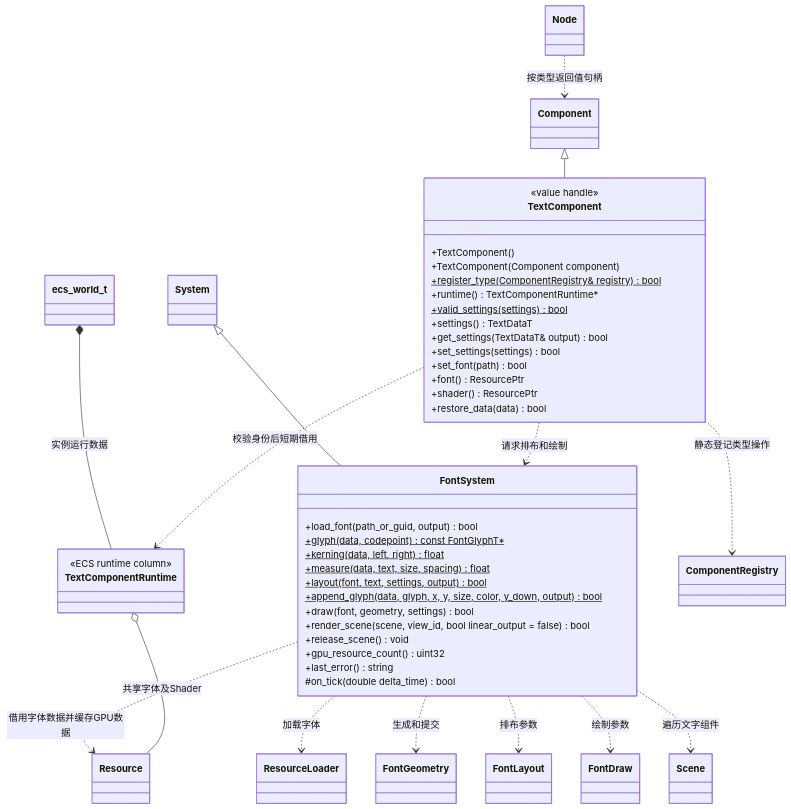
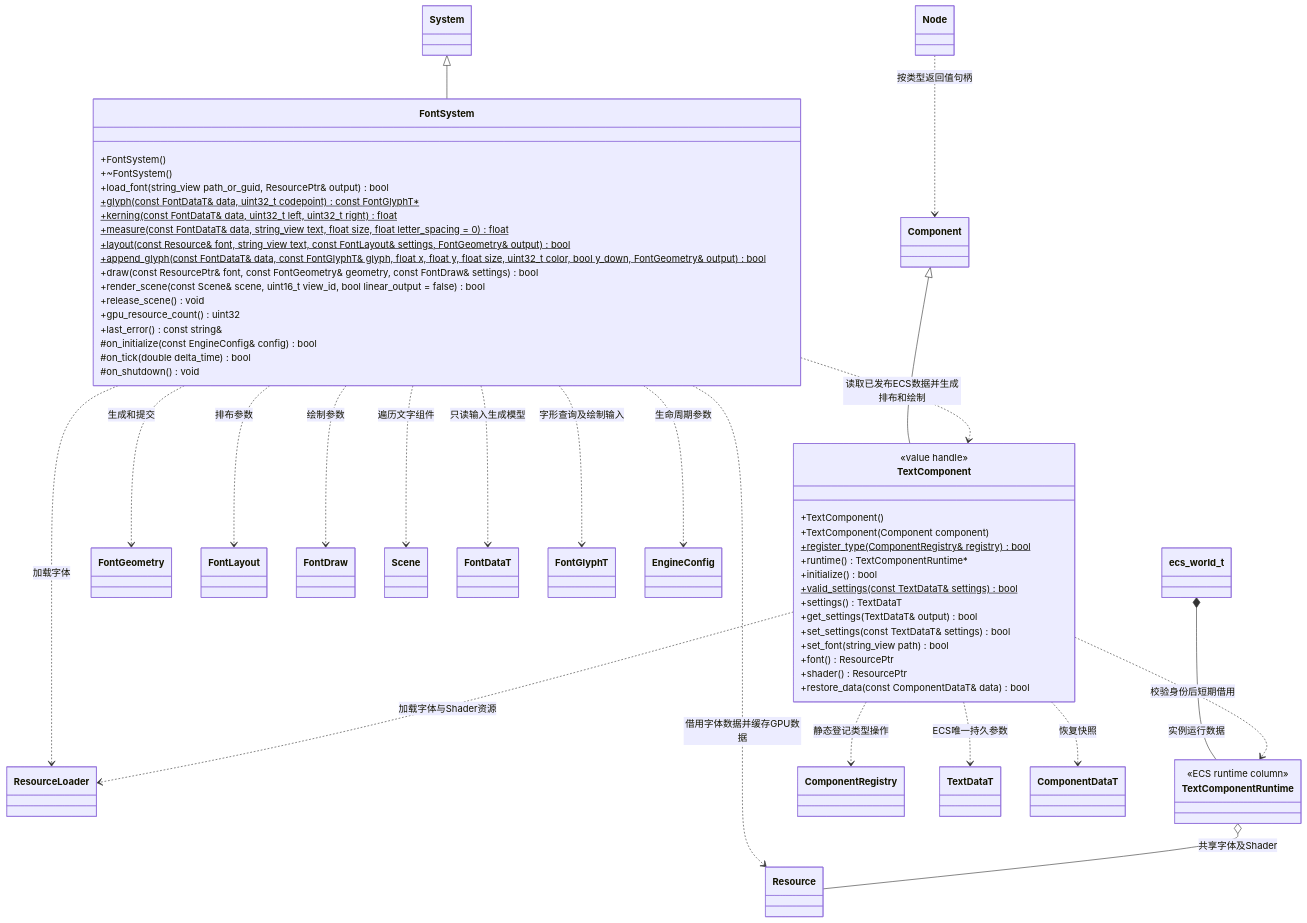
One commit to lcals/Engine changed the first of 2 diagrams in docs/runtime/class-diagrams/font-system.md. Above: the diagram before and after it, drawn with Mermaid. The commit also changed other lines of this file and 222 other files, not shown here.

Commit message:
Consolidate editor asset imports and align architecture documentation

````diff
--- a/docs/runtime/class-diagrams/font-system.md
+++ b/docs/runtime/class-diagrams/font-system.md
@@ -7,52 +7,68 @@
 ```mermaid
 classDiagram
     System <|-- FontSystem
     Component <|-- TextComponent
     FontSystem ..> Resource : 借用字体数据并缓存GPU数据
     FontSystem ..> ResourceLoader : 加载字体
     FontSystem ..> FontGeometry : 生成和提交
     FontSystem ..> FontLayout : 排布参数
     FontSystem ..> FontDraw : 绘制参数
     FontSystem ..> Scene : 遍历文字组件
     TextComponentRuntime o-- Resource : 共享字体及Shader
-    TextComponent ..> FontSystem : 请求排布和绘制
+    TextComponent ..> ResourceLoader : 加载字体与Shader资源
+    FontSystem ..> TextComponent : 读取已发布ECS数据并生成排布和绘制
     Node ..> Component : 按类型返回值句柄
     class FontSystem {
-        +load_font(path_or_guid, output) bool
-        +glyph(data, codepoint) const FontGlyphT#42;$
-        +kerning(data, left, right) float$
-        +measure(data, text, size, spacing) float$
-        +layout(font, text, settings, output) bool$
-        +append_glyph(data, glyph, x, y, size, color, y_down, output) bool$
-        +draw(font, geometry, settings) bool
-        +render_scene(scene, view_id, bool linear_output = false) bool
+        +FontSystem()
+        +~FontSystem()
+        +load_font(string_view path_or_guid, ResourcePtr& output) bool
+        +glyph(const FontDataT& data, uint32_t codepoint) const FontGlyphT#42;$
+        +kerning(const FontDataT& data, uint32_t left, uint32_t right) float$
+        +measure(const FontDataT& data, string_view text, float size, float letter_spacing = 0) float$
+        +layout(const Resource& font, string_view text, const FontLayout& settings, FontGeometry& output) bool$
+        +append_glyph(const FontDataT& data, const FontGlyphT& glyph, float x, float y, float size, uint32_t color, bool y_down, FontGeometry& output) bool$
+        +draw(const ResourcePtr& font, const FontGeometry& geometry, const FontDraw& settings) bool
+        +render_scene(const Scene& scene, uint16_t view_id, bool linear_output = false) bool
         +release_scene() void
         +gpu_resource_count() uint32
-        +last_error() string
+        +last_error() const string&
+        #on_initialize(const EngineConfig& config) bool
         #on_tick(double delta_time) bool
+        #on_shutdown() void
     }
     class TextComponent {
         <<value handle>>
         +TextComponent()
         +TextComponent(Component component)
         +register_type(ComponentRegistry& registry) bool$
         +runtime() TextComponentRuntime#42;
-        +valid_settings(settings) bool$
+        +initialize() bool
+        +valid_settings(const TextDataT& settings) bool$
         +settings() TextDataT
         +get_settings(TextDataT& output) bool
-        +set_settings(settings) bool
-        +set_font(path) bool
+        +set_settings(const TextDataT& settings) bool
+        +set_font(string_view path) bool
         +font() ResourcePtr
         +shader() ResourcePtr
-        +restore_data(data) bool
+        +restore_data(const ComponentDataT& data) bool
     }
     class ComponentRegistry
+    class FontDataT
+    class FontGlyphT
+    class TextDataT
+    class ComponentDataT
+    class EngineConfig
     class ecs_world_t
+    FontSystem ..> FontDataT : 只读输入生成模型
+    FontSystem ..> FontGlyphT : 字形查询及绘制输入
+    FontSystem ..> EngineConfig : 生命周期参数
+    TextComponent ..> TextDataT : ECS唯一持久参数
+    TextComponent ..> ComponentDataT : 恢复快照
     class TextComponentRuntime {
         <<ECS runtime column>>
     }
     ecs_world_t *-- TextComponentRuntime : 实例运行数据
     TextComponent ..> TextComponentRuntime : 校验身份后短期借用
     TextComponent ..> ComponentRegistry : 静态登记类型操作
 
 ```
````
